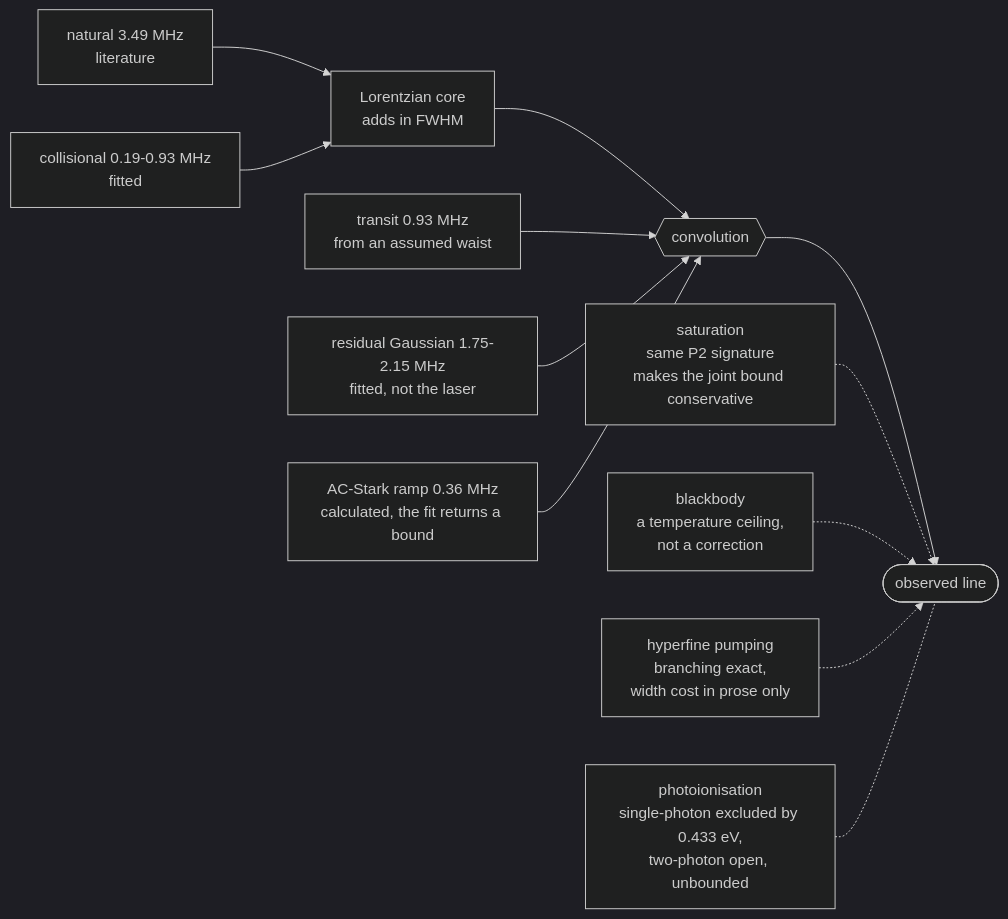
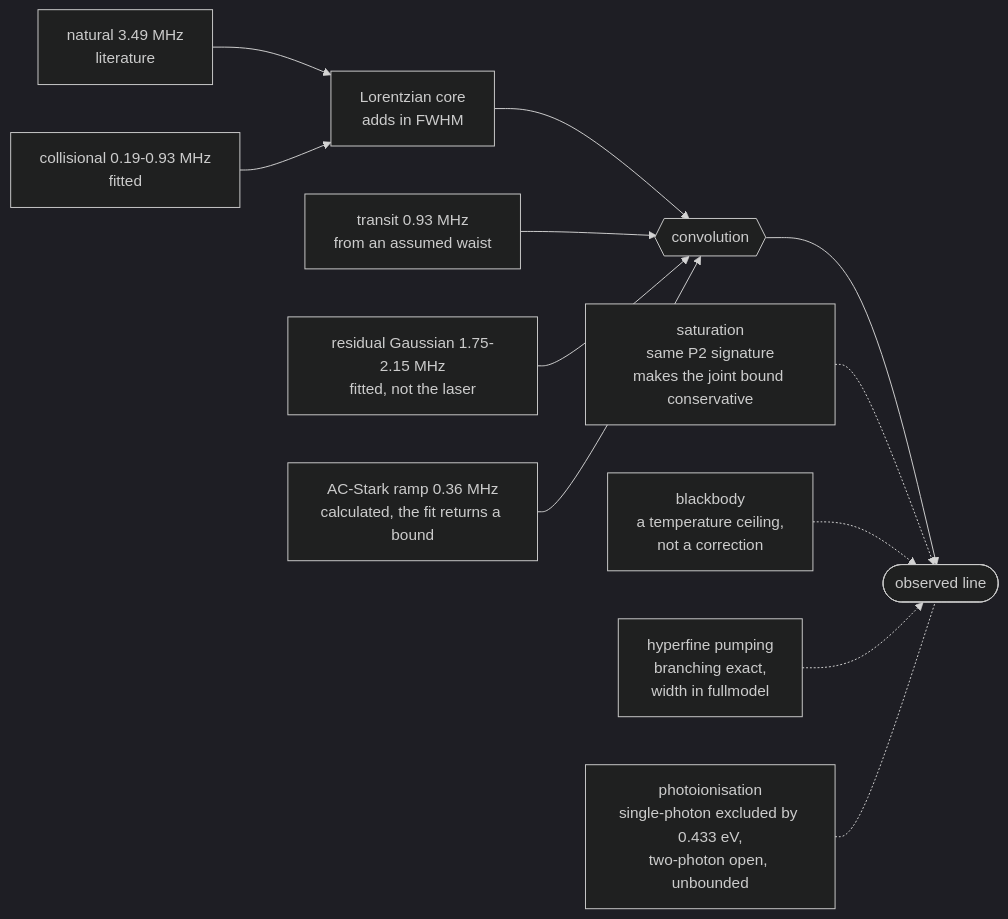
Before and after one commit to MichelangeloDondi/Rb-5S-6S-analysis: the diagram in README.md, drawn with Mermaid (dark theme). The commit also changed other lines of this file and 129 other files, not shown here.

````diff
--- a/README.md
+++ b/README.md
@@ -69,14 +69,14 @@
 ```mermaid
 flowchart LR
     NAT["natural 3.49 MHz<br/>literature"] --> CORE
     COL["collisional 0.19-0.93 MHz<br/>fitted"] --> CORE
     CORE["Lorentzian core<br/>adds in FWHM"] --> CONV
     TRA["transit 0.93 MHz<br/>from an assumed waist"] --> CONV
     LAS["residual Gaussian 1.75-2.15 MHz<br/>fitted, not the laser"] --> CONV
     RAM["AC-Stark ramp 0.36 MHz<br/>calculated, the fit returns a bound"] --> CONV
     CONV{{"convolution"}} --> OBS(["observed line"])
     SAT["saturation<br/>same P2 signature<br/>makes the joint bound conservative"] -.-> OBS
     BBR["blackbody<br/>a temperature ceiling,<br/>not a correction"] -.-> OBS
-    HFP["hyperfine pumping<br/>branching exact,<br/>width cost in prose only"] -.-> OBS
+    HFP["hyperfine pumping<br/>branching exact,<br/>width in fullmodel"] -.-> OBS
     PHI["photoionisation<br/>single-photon excluded by 0.433 eV,<br/>two-photon open, unbounded"] -.- OBS
 ```
````
